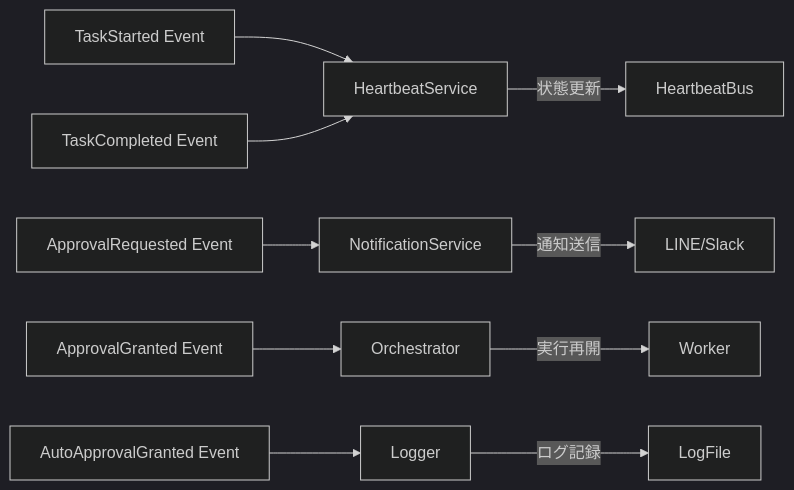
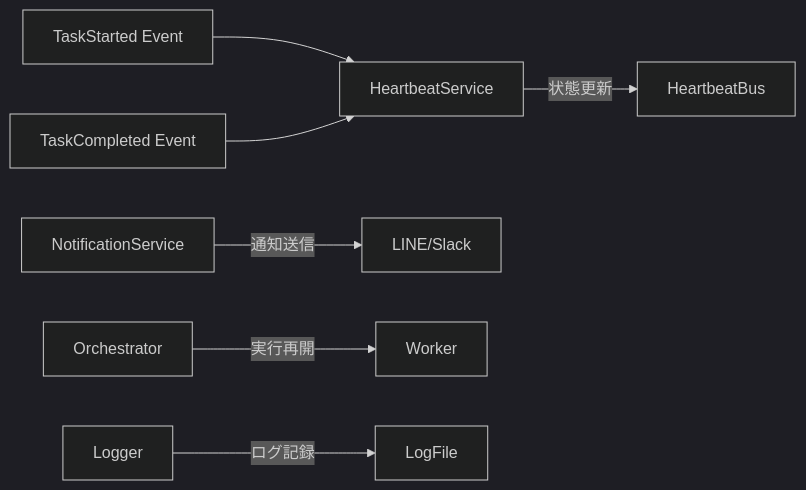
Before and after one commit to Nyukimin/picoclaw_multiLLM: the fifth of 5 diagrams in docs/archive/08_AI提案/クリーンアーキテクチャ提案_01.md, drawn with Mermaid (dark theme). The commit also changed other lines of this file and 88 other files, not shown here.

Commit message:
Remove approval flow and align tests

````diff
--- a/docs/archive/08_AI提案/クリーンアーキテクチャ提案_01.md
+++ b/docs/archive/08_AI提案/クリーンアーキテクチャ提案_01.md
@@ -1324,13 +1245,10 @@
 ```mermaid
 graph LR
     TaskStarted[TaskStarted Event] --> HeartbeatService
     TaskCompleted[TaskCompleted Event] --> HeartbeatService
-    ApprovalRequested[ApprovalRequested Event] --> NotificationService
-    ApprovalGranted[ApprovalGranted Event] --> Orchestrator
-    AutoApprovalGranted[AutoApprovalGranted Event] --> Logger
 
     HeartbeatService --> |状態更新| HeartbeatBus
     NotificationService --> |通知送信| LINE/Slack
     Orchestrator --> |実行再開| Worker
     Logger --> |ログ記録| LogFile
 ```
````
